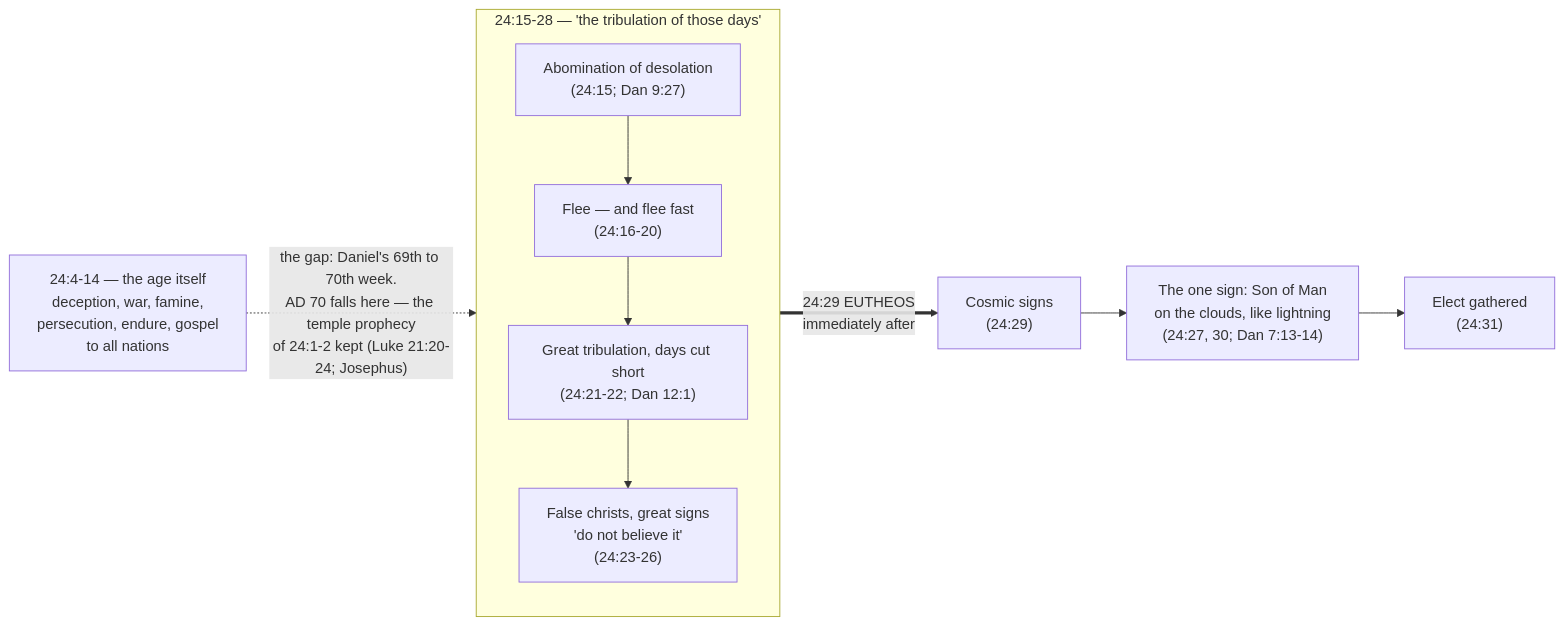
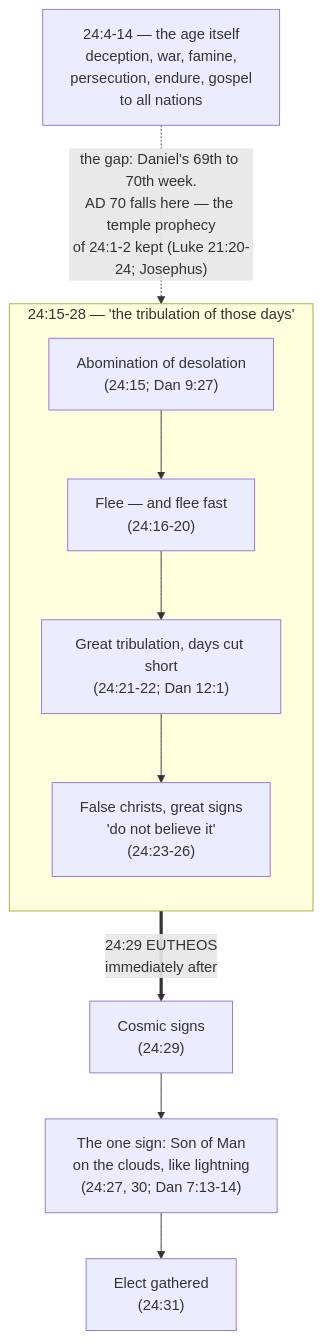
One commit to ding0t/bible_studies changed the third of 6 diagrams in docs/content/last-things/olivet-discourse.md. Above: the diagram before and after it, drawn with Mermaid. The commit also changed other lines of this file and 8 other files, not shown here.

````diff
--- a/docs/content/last-things/olivet-discourse.md
+++ b/docs/content/last-things/olivet-discourse.md
@@ -429,14 +429,14 @@
 ```mermaid
-flowchart LR
+flowchart TD
     A["24:4-14 — the age itself<br/>deception, war, famine,<br/>persecution, endure, gospel<br/>to all nations"]
-    A -.->|"the gap: Daniel's 69th to 70th week.<br/>AD 70 falls here — the temple prophecy<br/>of 24:1-2 kept (Luke 21:20-24; Josephus)"| B
+    A -.->|"the gap: Daniel's 69th to 70th week.<br/>AD 70 falls here — the temple prophecy<br/>of 24:1-2 kept (Luke 21:20-24; Josephus)"| TRIB
     subgraph TRIB["24:15-28 — 'the tribulation of those days'"]
       direction TB
       B["Abomination of desolation<br/>(24:15; Dan 9:27)"] --> C["Flee — and flee fast<br/>(24:16-20)"]
       C --> D["Great tribulation, days cut short<br/>(24:21-22; Dan 12:1)"]
       D --> E["False christs, great signs<br/>'do not believe it'<br/>(24:23-26)"]
     end
     TRIB ==>|"24:29 EUTHEOS<br/>immediately after"| F["Cosmic signs<br/>(24:29)"]
     F --> G["The one sign: Son of Man<br/>on the clouds, like lightning<br/>(24:27, 30; Dan 7:13-14)"]
     G --> H["Elect gathered<br/>(24:31)"]
 ```
````
